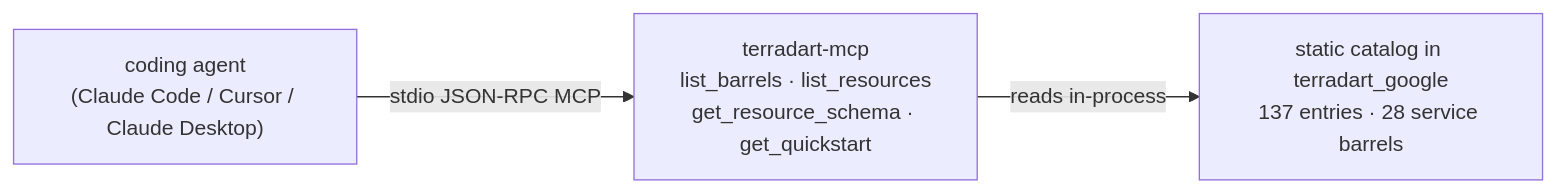
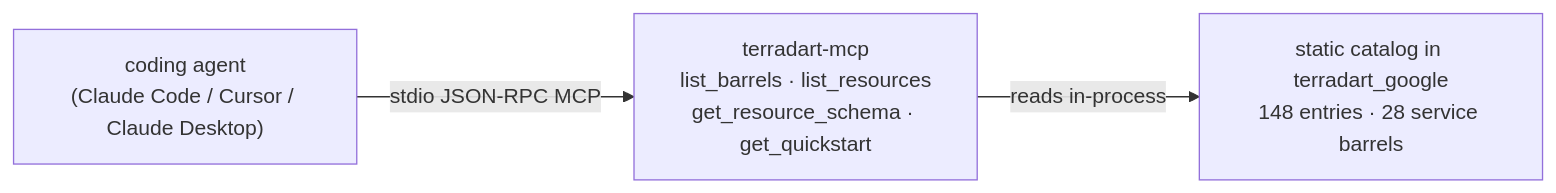
Before and after one commit to nozomi-koborinai/terradart: the diagram in website/src/content/docs/docs/agent/index.md, drawn with Mermaid. The commit also changed other lines of this file and 60 other files, not shown here.

````diff
--- a/website/src/content/docs/docs/agent/index.md
+++ b/website/src/content/docs/docs/agent/index.md
@@ -12,8 +12,8 @@
 ```mermaid
 graph LR
   agent["coding agent<br/>(Claude Code / Cursor / Claude Desktop)"]
   mcp["terradart-mcp<br/>list_barrels · list_resources<br/>get_resource_schema · get_quickstart"]
-  catalog["static catalog in terradart_google<br/>137 entries · 28 service barrels"]
+  catalog["static catalog in terradart_google<br/>148 entries · 28 service barrels"]
   agent -->|stdio JSON-RPC MCP| mcp
   mcp -->|reads in-process| catalog
 ```
````
